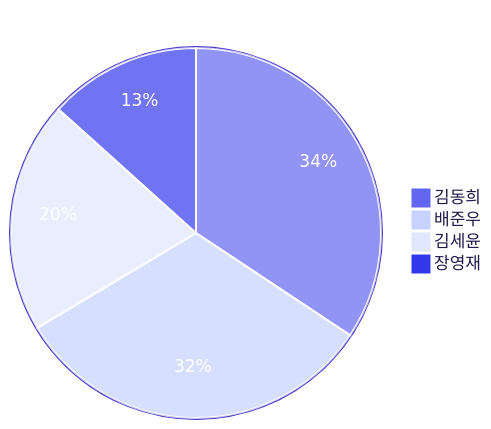
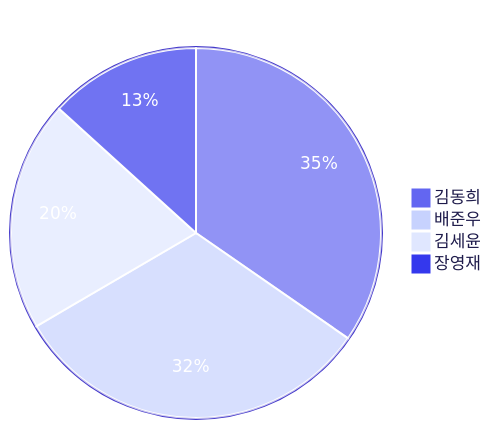
Before and after one commit to 3rd-project-team-1/ALYAC-market-team1: the third of 4 diagrams in README.md, drawn with Mermaid. The commit also changed other lines of this file, not shown here.

````diff
--- a/README.md
+++ b/README.md
@@ -430,17 +430,17 @@
 ```mermaid
 %%{init: { 'theme': 'base', 'themeVariables': {
   'primaryColor': '#6366f1',
   'primaryTextColor': '#ffffff',
   'primaryBorderColor': '#4338ca',
   'secondaryColor': '#c7d2fe',
   'tertiaryColor': '#e0e7ff',
   'pieLegendTextColor': '#1e1b4b',
   'pieStrokeColor': '#ffffff',
   'pieOuterStrokeColor': '#4338ca'
 } } }%%
 pie title 기여자별 커밋 수
-  "김동희" : 139
+  "김동희" : 141
   "배준우" : 130
   "김세윤" : 82
   "장영재" : 54
 ```
````
